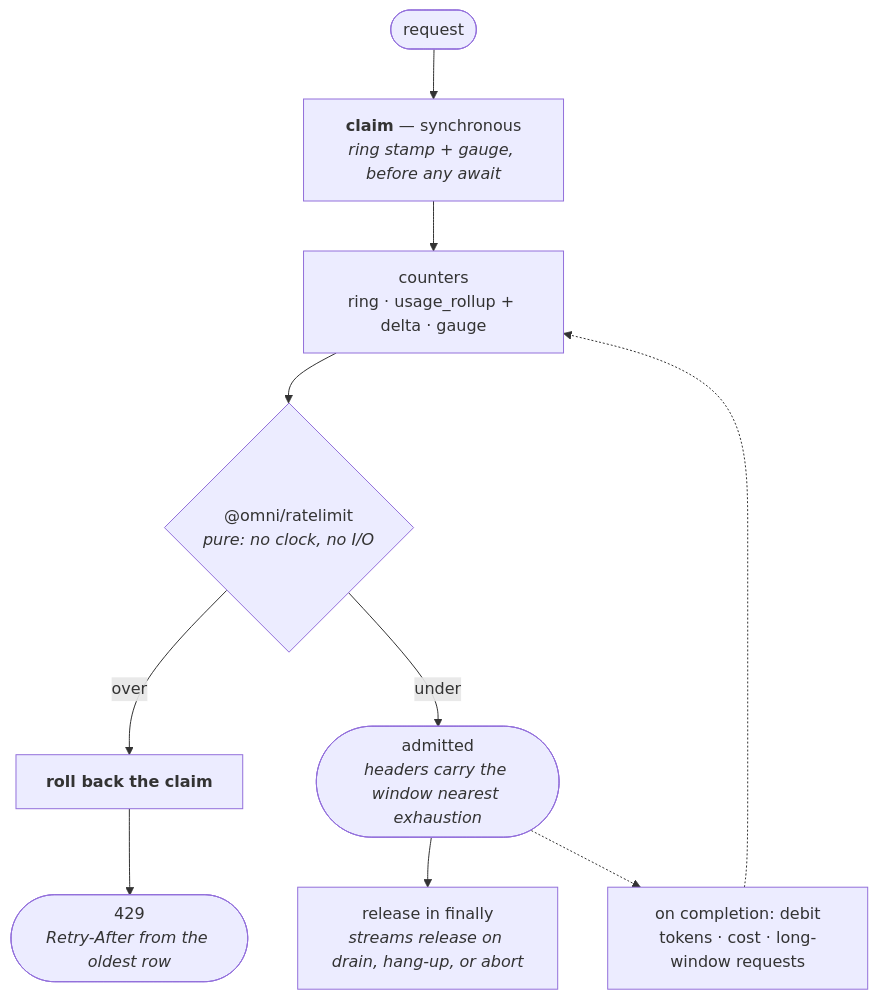
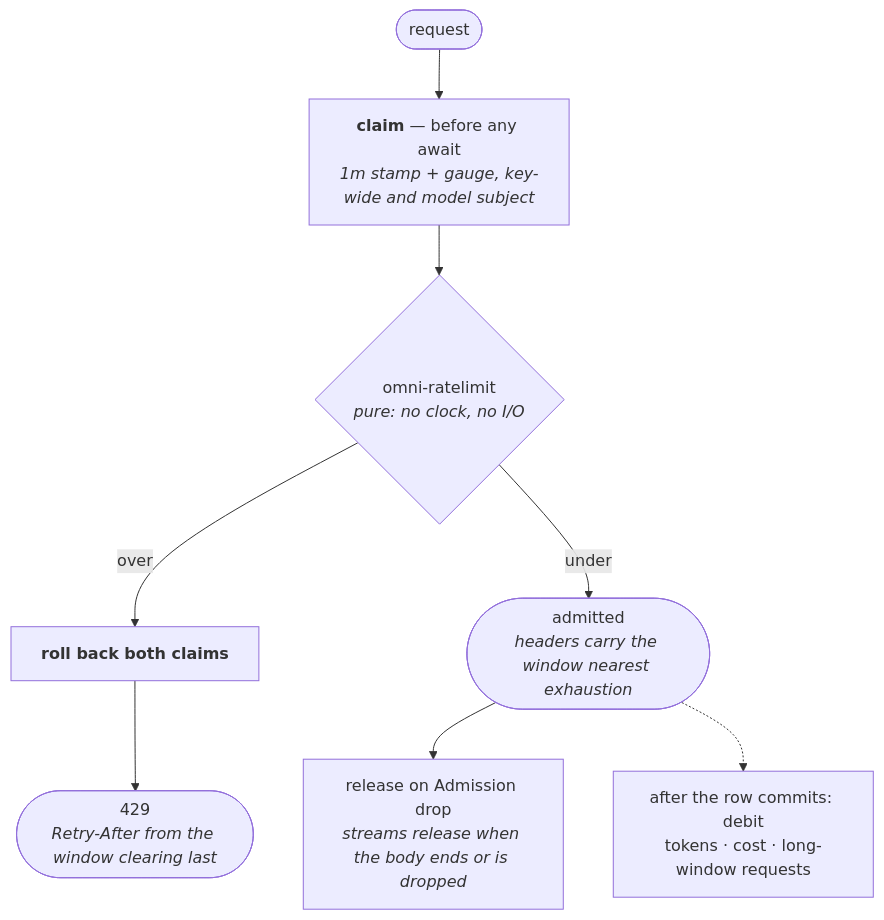
Before and after one commit to harismawan/omnigateway: the third of 12 diagrams in ARCHITECTURE.md, drawn with Mermaid. The commit also changed other lines of this file, not shown here.

First line of the commit message:
docs: rewrite ARCHITECTURE.md against the Rust crates

````diff
--- a/ARCHITECTURE.md
+++ b/ARCHITECTURE.md
@@ -216,11 +211,9 @@
 ```mermaid
 flowchart TD
-  req(["request"]) --> claim["<b>claim</b> — synchronous<br/><i>ring stamp + gauge, before any await</i>"]
-  claim --> counts["counters<br/>ring · usage_rollup + delta · gauge"]
-  counts --> ev{"@omni/ratelimit<br/><i>pure: no clock, no I/O</i>"}
-  ev -- over --> back["<b>roll back the claim</b>"] --> deny(["429<br/><i>Retry-After from the oldest row</i>"])
+  req(["request"]) --> claim["<b>claim</b> — before any await<br/><i>1m stamp + gauge, key-wide and model subject</i>"]
+  claim --> ev{"omni-ratelimit<br/><i>pure: no clock, no I/O</i>"}
+  ev -- over --> back["<b>roll back both claims</b>"] --> deny(["429<br/><i>Retry-After from the window clearing last</i>"])
   ev -- under --> ok(["admitted<br/><i>headers carry the window nearest exhaustion</i>"])
-  ok --> fin["release in finally<br/><i>streams release on drain, hang-up, or abort</i>"]
-  ok -.-> debit["on completion: debit<br/>tokens · cost · long-window requests"]
-  debit -.-> counts
+  ok --> fin["release on Admission drop<br/><i>streams release when the body ends or is dropped</i>"]
+  ok -.-> debit["after the row commits: debit<br/>tokens · cost · long-window requests"]
 ```
````
